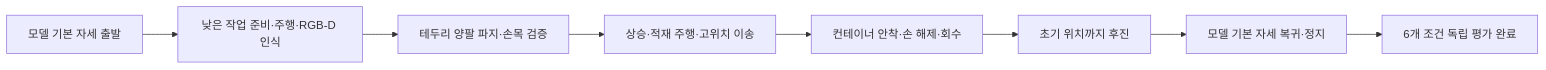
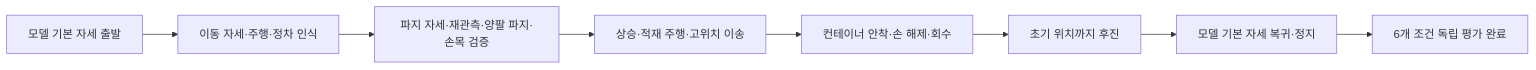
One commit to mmporong/rby1-tray-lab changed the diagram in README.md. Above: the diagram before and after it, drawn with Mermaid. The commit also changed other lines of this file and 1526 other files, not shown here.

````diff
--- a/README.md
+++ b/README.md
@@ -44,10 +44,10 @@
 ```mermaid
 flowchart LR
-  A[모델 기본 자세 출발] --> B[낮은 작업 준비·주행·RGB-D 인식]
-  B --> C[테두리 양팔 파지·손목 검증]
+  A[모델 기본 자세 출발] --> B[이동 자세·주행·정차 인식]
+  B --> C[파지 자세·재관측·양팔 파지·손목 검증]
   C --> D[상승·적재 주행·고위치 이송]
   D --> E[컨테이너 안착·손 해제·회수]
   E --> F[초기 위치까지 후진]
   F --> G[모델 기본 자세 복귀·정지]
   G --> H[6개 조건 독립 평가 완료]
 ```
````
